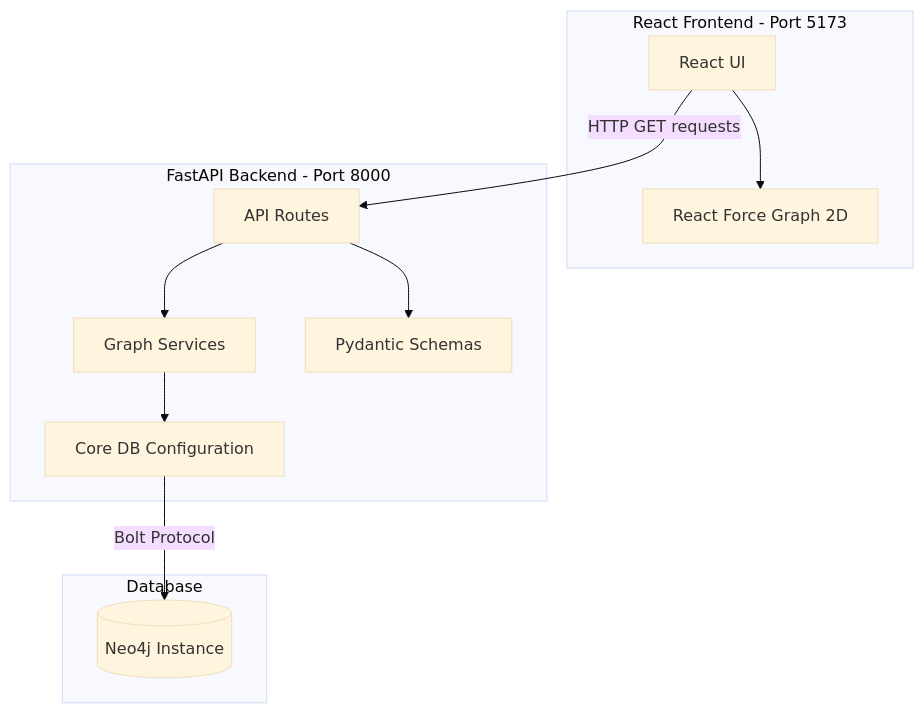
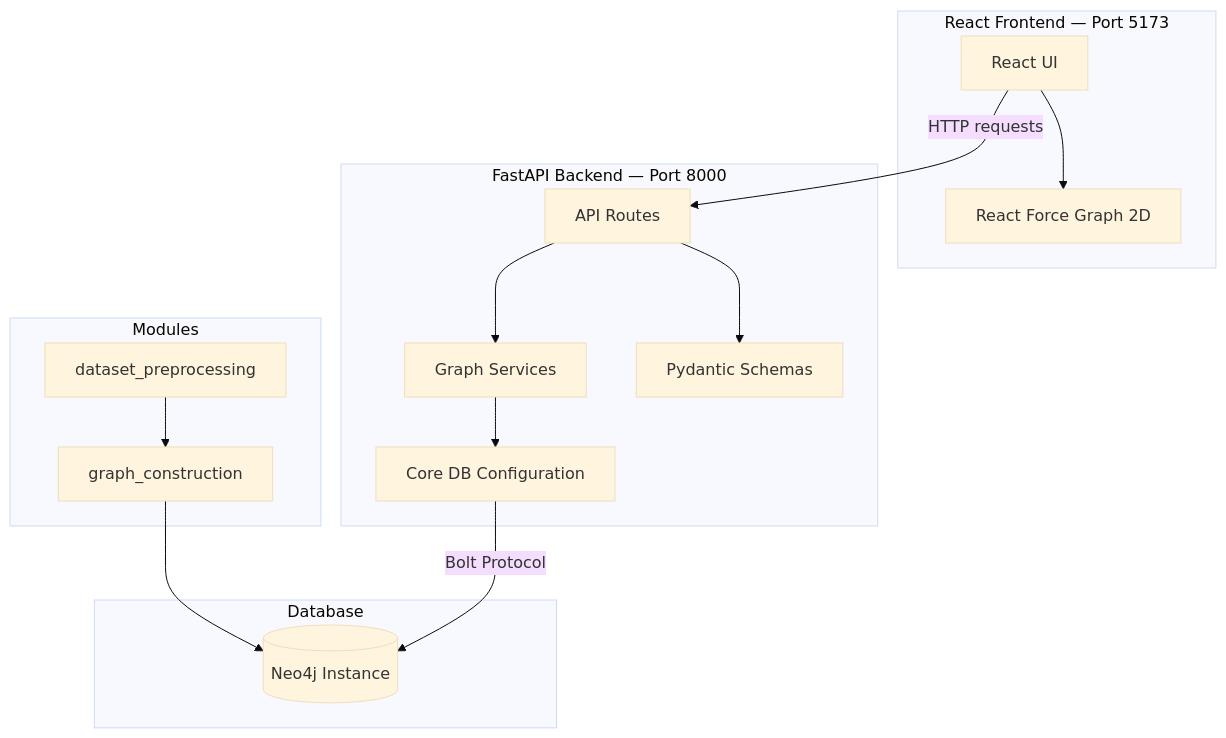
One commit to GinHikat/Patient-EHR-Graph-Representation-for-Multi-task-Learning changed the diagram in README.md. Above: the diagram before and after it, drawn with Mermaid (base theme). The commit also changed other lines of this file, not shown here.

````diff
--- a/README.md
+++ b/README.md
@@ -9,25 +29,32 @@
 ```mermaid
 graph TD;
-    subgraph Frontend [React Frontend - Port 5173]
+    subgraph Frontend ["React Frontend — Port 5173"]
         UI[React UI]
         GraphLib[React Force Graph 2D]
         UI --> GraphLib
     end
 
-    subgraph Backend [FastAPI Backend - Port 8000]
+    subgraph Backend ["FastAPI Backend — Port 8000"]
         Router[API Routes]
         Service[Graph Services]
         Validator[Pydantic Schemas]
         DBConfig[Core DB Configuration]
         Router --> Service
         Router --> Validator
         Service --> DBConfig
     end
-  
+
     subgraph Database
         Neo4j[(Neo4j Instance)]
     end
 
-    UI -- HTTP GET requests --> Router
+    subgraph Modules
+        Preprocess[dataset_preprocessing]
+        GraphBuild[graph_construction]
+        Preprocess --> GraphBuild
+        GraphBuild --> Neo4j
+    end
+
+    UI -- HTTP requests --> Router
     DBConfig -- Bolt Protocol --> Neo4j
 ```
````
